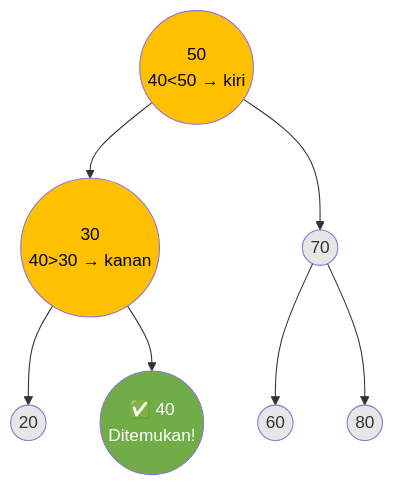
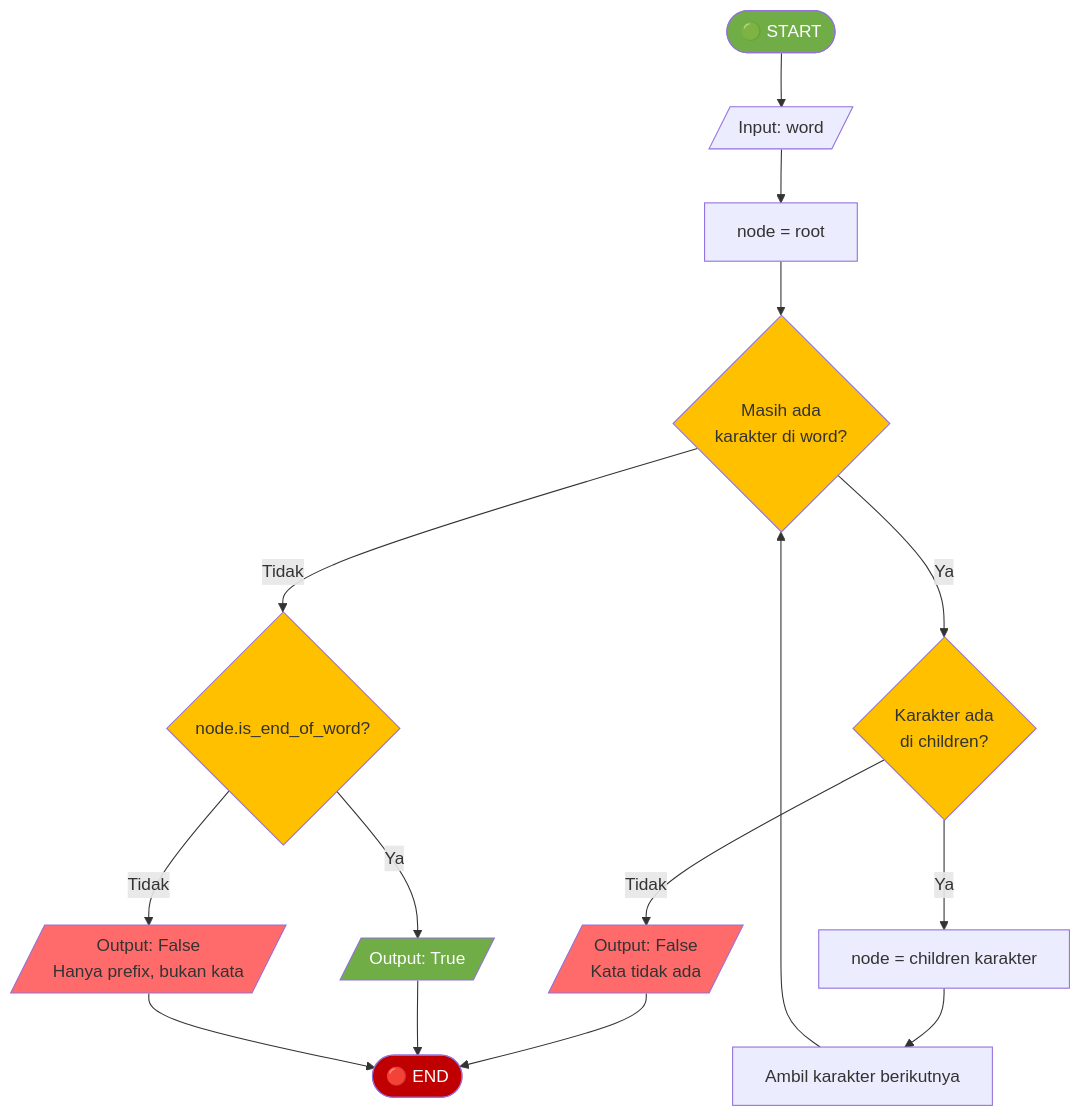
Before and after one commit to aidilsaputrakirsan/webVisualisasi: the fifth of 15 diagrams in materi-baru.md, drawn with Mermaid. The commit also changed other lines of this file and 56 other files, not shown here.

````diff
--- a/materi-baru.md
+++ b/materi-baru.md
@@ -193,17 +195,26 @@
 ```mermaid
-flowchart TB
-    N50((50<br/>40<50 → kiri)) --> N30((30<br/>40>30 → kanan))
-    N50 --> N70((70))
-    N30 --> N20((20))
-    N30 --> N40((✅ 40<br/>Ditemukan!))
-    N70 --> N60((60))
-    N70 --> N80((80))
+flowchart TD
+    START([🟢 START]) --> INPUT[/Input: word/]
+    INPUT --> INIT[node = root]
+    INIT --> LOOP{Masih ada<br/>karakter di word?}
+    LOOP -->|Ya| CHECK{Karakter ada<br/>di children?}
+    CHECK -->|Tidak| NOTFOUND[/Output: False<br/>Kata tidak ada/]
+    CHECK -->|Ya| MOVE[node = children karakter]
+    MOVE --> NEXT[Ambil karakter berikutnya]
+    NEXT --> LOOP
+    LOOP -->|Tidak| CHECKEND{node.is_end_of_word?}
+    CHECKEND -->|Ya| FOUND[/Output: True/]
+    CHECKEND -->|Tidak| PREFIX[/Output: False<br/>Hanya prefix, bukan kata/]
+    NOTFOUND --> END([🔴 END])
+    FOUND --> END
+    PREFIX --> END
     
-    style N50 fill:#FFC000,color:#000
-    style N30 fill:#FFC000,color:#000
-    style N40 fill:#70AD47,color:#fff
-    style N70 fill:#E7E6E6
-    style N20 fill:#E7E6E6
-    style N60 fill:#E7E6E6
-    style N80 fill:#E7E6E6
+    style START fill:#70AD47,color:#fff
+    style END fill:#C00000,color:#fff
+    style LOOP fill:#FFC000
+    style CHECK fill:#FFC000
+    style CHECKEND fill:#FFC000
+    style FOUND fill:#70AD47,color:#fff
+    style NOTFOUND fill:#FF6B6B
+    style PREFIX fill:#FF6B6B
 ```
````
